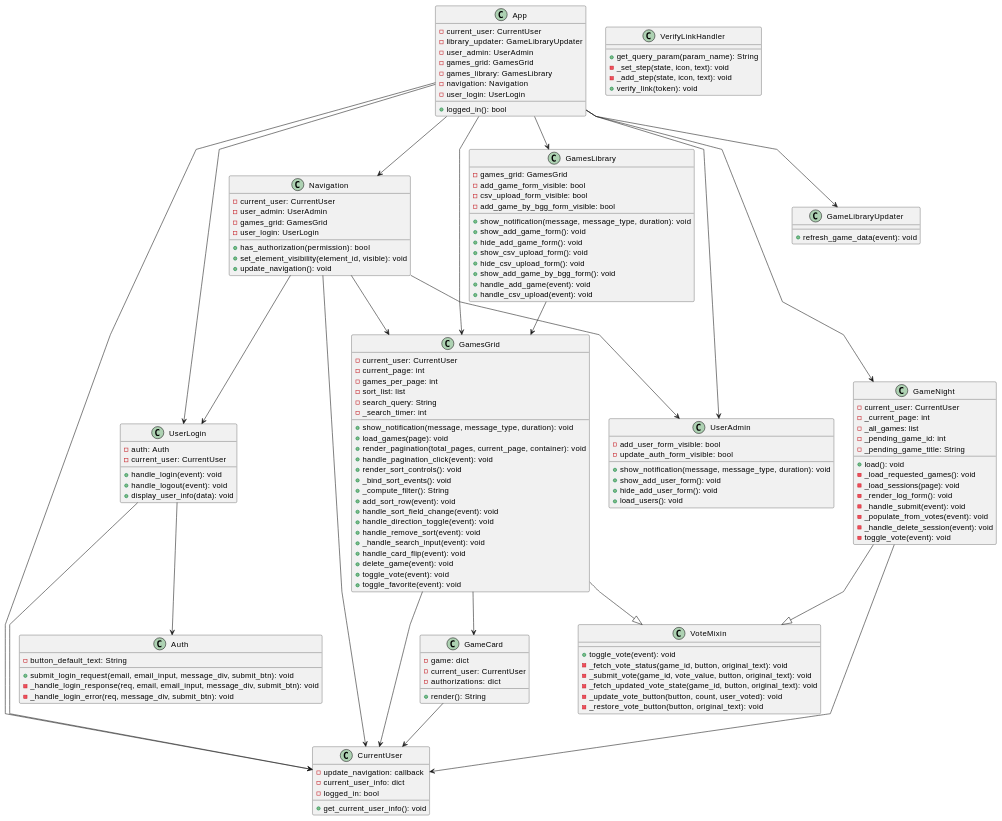
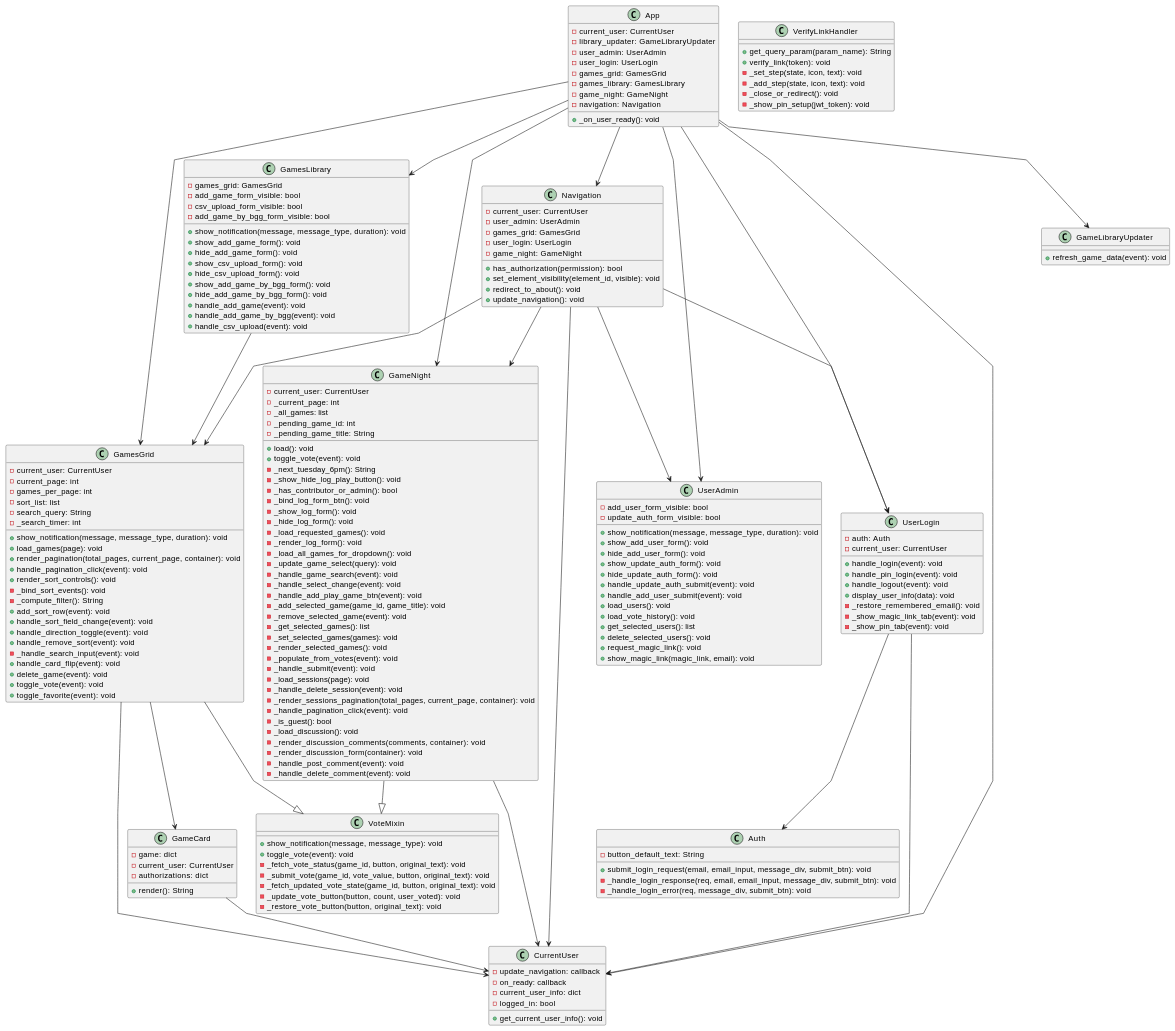
One commit to leshmark/gamegroup changed the fourth of 6 diagrams in Game Group Site.md. Above: the diagram before and after it, drawn with PlantUML. The commit also changed other lines of this file, not shown here.

```diff
--- a/Game Group Site.md
+++ b/Game Group Site.md
@@ -330,11 +337,12 @@
     - current_user: CurrentUser
     - library_updater: GameLibraryUpdater
     - user_admin: UserAdmin
+    - user_login: UserLogin
     - games_grid: GamesGrid
     - games_library: GamesLibrary
+    - game_night: GameNight
     - navigation: Navigation
-    - user_login: UserLogin
-    + logged_in(): bool
+    + _on_user_ready(): void
 }
 
 class Auth {
@@ -346,6 +354,7 @@
 
 class CurrentUser {
     - update_navigation: callback
+    - on_ready: callback
     - current_user_info: dict
     - logged_in: bool
     + get_current_user_info(): void
@@ -355,8 +364,12 @@
     - auth: Auth
     - current_user: CurrentUser
     + handle_login(event): void
+    + handle_pin_login(event): void
     + handle_logout(event): void
     + display_user_info(data): void
+    - _restore_remembered_email(): void
+    - _show_magic_link_tab(event): void
+    - _show_pin_tab(event): void
 }
 
 class Navigation {
@@ -364,8 +377,10 @@
     - user_admin: UserAdmin
     - games_grid: GamesGrid
     - user_login: UserLogin
+    - game_night: GameNight
     + has_authorization(permission): bool
     + set_element_visibility(element_id, visible): void
+    + redirect_to_about(): void
     + update_navigation(): void
 }
 
@@ -380,7 +395,9 @@
     + show_csv_upload_form(): void
     + hide_csv_upload_form(): void
     + show_add_game_by_bgg_form(): void
+    + hide_add_game_by_bgg_form(): void
     + handle_add_game(event): void
+    + handle_add_game_by_bgg(event): void
     + handle_csv_upload(event): void
 }
 
@@ -396,13 +413,13 @@
     + render_pagination(total_pages, current_page, container): void
     + handle_pagination_click(event): void
     + render_sort_controls(): void
-    + _bind_sort_events(): void
-    + _compute_filter(): String
+    - _bind_sort_events(): void
+    - _compute_filter(): String
     + add_sort_row(event): void
     + handle_sort_field_change(event): void
     + handle_direction_toggle(event): void
     + handle_remove_sort(event): void
-    + _handle_search_input(event): void
+    - _handle_search_input(event): void
     + handle_card_flip(event): void
     + delete_game(event): void
     + toggle_vote(event): void
@@ -422,7 +439,16 @@
     + show_notification(message, message_type, duration): void
     + show_add_user_form(): void
     + hide_add_user_form(): void
+    + show_update_auth_form(): void
+    + hide_update_auth_form(): void
+    + handle_update_auth_submit(event): void
+    + handle_add_user_submit(event): void
     + load_users(): void
+    + load_vote_history(): void
+    + get_selected_users(): list
+    + delete_selected_users(): void
+    + request_magic_link(): void
+    + show_magic_link(magic_link, email): void
 }
 
 class GameNight {
@@ -432,16 +458,41 @@
     - _pending_game_id: int
     - _pending_game_title: String
     + load(): void
+    + toggle_vote(event): void
+    - _next_tuesday_6pm(): String
+    - _show_hide_log_play_button(): void
+    - _has_contributor_or_admin(): bool
+    - _bind_log_form_btn(): void
+    - _show_log_form(): void
+    - _hide_log_form(): void
     - _load_requested_games(): void
+    - _render_log_form(): void
+    - _load_all_games_for_dropdown(): void
+    - _update_game_select(query): void
+    - _handle_game_search(event): void
+    - _handle_select_change(event): void
+    - _handle_add_play_game_btn(event): void
+    - _add_selected_game(game_id, game_title): void
+    - _remove_selected_game(event): void
+    - _get_selected_games(): list
+    - _set_selected_games(games): void
+    - _render_selected_games(): void
+    - _populate_from_votes(event): void
+    - _handle_submit(event): void
     - _load_sessions(page): void
-    - _render_log_form(): void
-    - _handle_submit(event): void
-    - _populate_from_votes(event): void
     - _handle_delete_session(event): void
-    - toggle_vote(event): void
+    - _render_sessions_pagination(total_pages, current_page, container): void
+    - _handle_pagination_click(event): void
+    - _is_guest(): bool
+    - _load_discussion(): void
+    - _render_discussion_comments(comments, container): void
+    - _render_discussion_form(container): void
+    - _handle_post_comment(event): void
+    - _handle_delete_comment(event): void
 }
 
 class VoteMixin {
+    + show_notification(message, message_type): void
     + toggle_vote(event): void
     - _fetch_vote_status(game_id, button, original_text): void
     - _submit_vote(game_id, vote_value, button, original_text): void
@@ -456,9 +507,11 @@
 
 class VerifyLinkHandler {
     + get_query_param(param_name): String
+    + verify_link(token): void
     - _set_step(state, icon, text): void
     - _add_step(state, icon, text): void
-    + verify_link(token): void
+    - _close_or_redirect(): void
+    - _show_pin_setup(jwt_token): void
 }
 
 App --> CurrentUser
@@ -475,6 +528,7 @@
 Navigation --> UserLogin
 Navigation --> UserAdmin
 Navigation --> GamesGrid
+Navigation --> GameNight
 GamesLibrary --> GamesGrid
 GamesGrid --> CurrentUser
 GamesGrid --> GameCard
```
